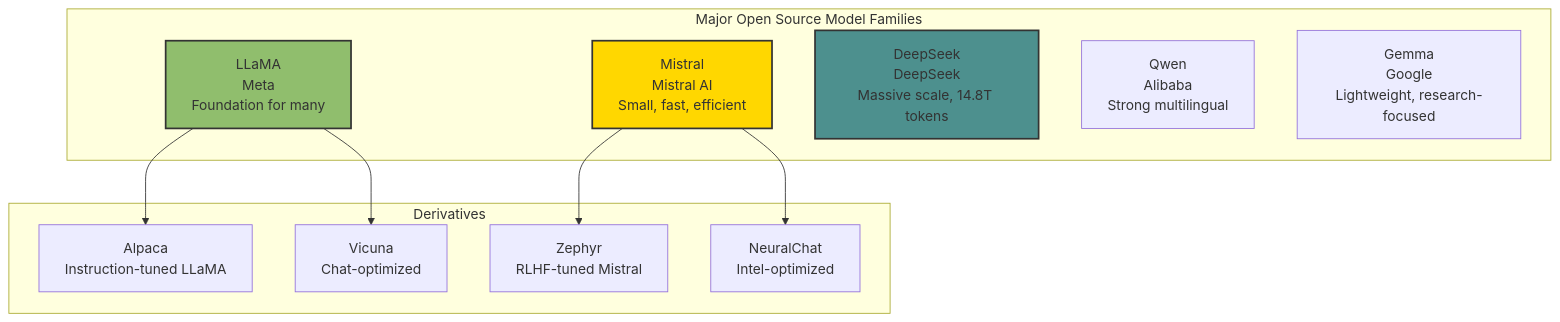
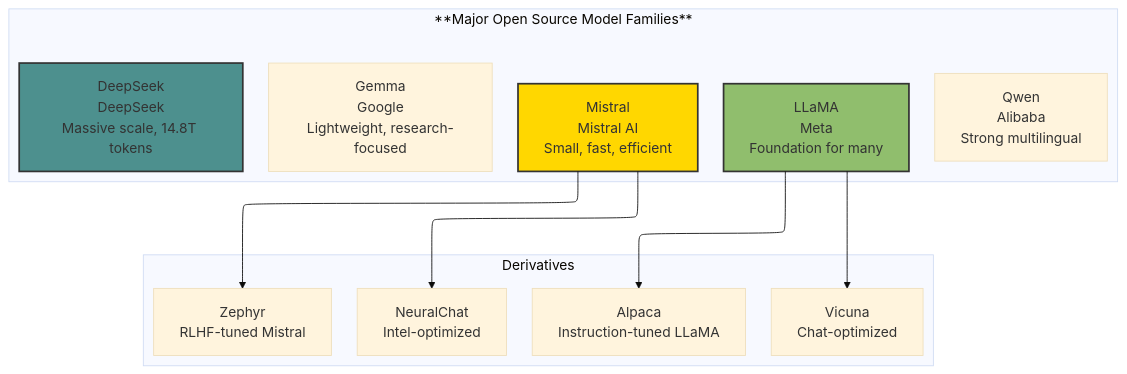
One commit to Vineet-Sharma-Medium-Stories/Medium-Build-Tool changed the first of 2 diagrams in The 2026 AI Metromap/The 2026 AI Metromap: Open Source LLMs – LLaMA, Mistral, DeepSeek, and Beyond.md. Above: the diagram before and after it, drawn with Mermaid. The commit also changed other lines of this file and 37 other files, not shown here.

````diff
--- a/The 2026 AI Metromap/The 2026 AI Metromap: Open Source LLMs – LLaMA, Mistral, DeepSeek, and Beyond.md
+++ b/The 2026 AI Metromap/The 2026 AI Metromap: Open Source LLMs – LLaMA, Mistral, DeepSeek, and Beyond.md
@@ -71,21 +71,27 @@
 ```mermaid
+---
+config:
+  theme: base
+  layout: elk
+---
+
 graph TD
-    subgraph "Major Open Source Model Families"
+    subgraph "**Major Open Source Model Families**"
         L[LLaMA<br/>Meta<br/>Foundation for many]
         M[Mistral<br/>Mistral AI<br/>Small, fast, efficient]
         D[DeepSeek<br/>DeepSeek<br/>Massive scale, 14.8T tokens]
         Q[Qwen<br/>Alibaba<br/>Strong multilingual]
         G[Gemma<br/>Google<br/>Lightweight, research-focused]
     end
     
     subgraph "Derivatives"
         L --> A[Alpaca<br/>Instruction-tuned LLaMA]
         L --> V[Vicuna<br/>Chat-optimized]
         M --> Z[Zephyr<br/>RLHF-tuned Mistral]
         M --> N[NeuralChat<br/>Intel-optimized]
     end
     
     style L fill:#90be6d,stroke:#333,stroke-width:2px
     style M fill:#ffd700,stroke:#333,stroke-width:2px
     style D fill:#4d908e,stroke:#333,stroke-width:2px
 ```
````
